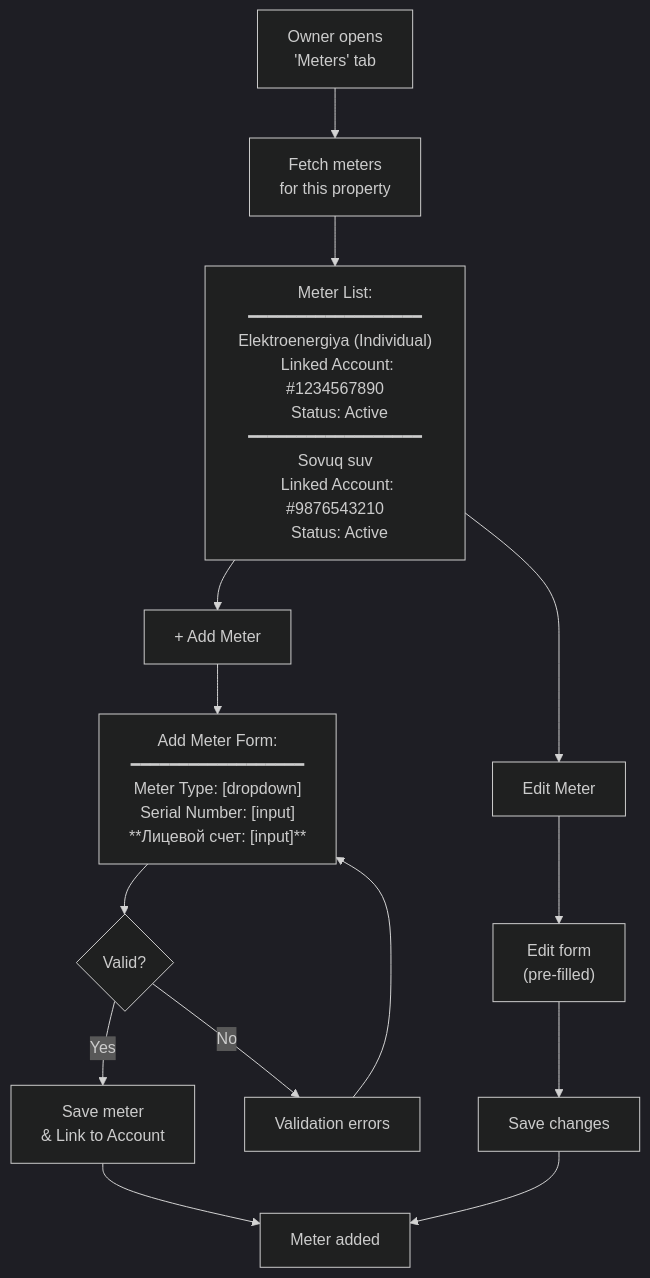
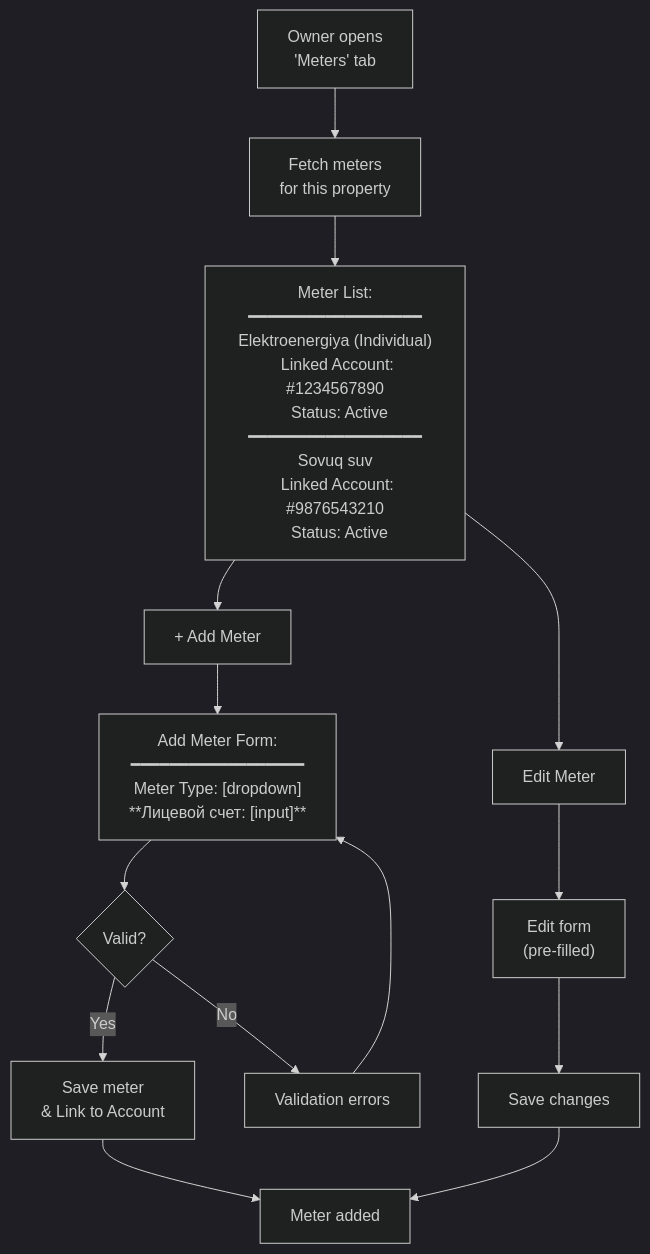
One commit to saodatm-dev/Utilities---Informational-Architecture changed the fourth of 11 diagrams in Utilities - Business Owner.md. Above: the diagram before and after it, drawn with Mermaid (dark theme). The commit also changed other lines of this file and 1 other file, not shown here.

````diff
--- a/Utilities - Business Owner.md
+++ b/Utilities - Business Owner.md
@@ -119,22 +119,22 @@
 ```mermaid
 flowchart TD
     METERS["Owner opens<br/>'Meters' tab"] --> LIST["Fetch meters<br/>for this property"]
 
     LIST --> VIEW["Meter List:<br/>━━━━━━━━━━━━━━━━━━<br/>Elektroenergiya (Individual)<br/>  Linked Account: #1234567890<br/>  Status: Active<br/>━━━━━━━━━━━━━━━━━━<br/>Sovuq suv<br/>  Linked Account: #9876543210<br/>  Status: Active"]
 
     VIEW --> ADD_BTN["+ Add Meter"]
     VIEW --> EDIT_BTN["Edit Meter"]
 
-    ADD_BTN --> ADD_FORM["Add Meter Form:<br/>━━━━━━━━━━━━━━━━━━<br/>Meter Type: [dropdown]<br/>Serial Number: [input]<br/>**Лицевой счет: [input]**"]
+    ADD_BTN --> ADD_FORM["Add Meter Form:<br/>━━━━━━━━━━━━━━━━━━<br/>Meter Type: [dropdown]<br/>**Лицевой счет: [input]**"]
 
     ADD_FORM --> VALIDATE_FORM{"Valid?"}
     VALIDATE_FORM -->|"Yes"| SAVE["Save meter<br/>& Link to Account"]
     VALIDATE_FORM -->|"No"| ERROR["Validation errors"]
     ERROR --> ADD_FORM
 
     SAVE --> SUCCESS["Meter added"]
 
     EDIT_BTN --> EDIT_FORM["Edit form<br/>(pre-filled)"]
     EDIT_FORM --> SAVE_EDIT["Save changes"]
     SAVE_EDIT --> SUCCESS
 ```
````
